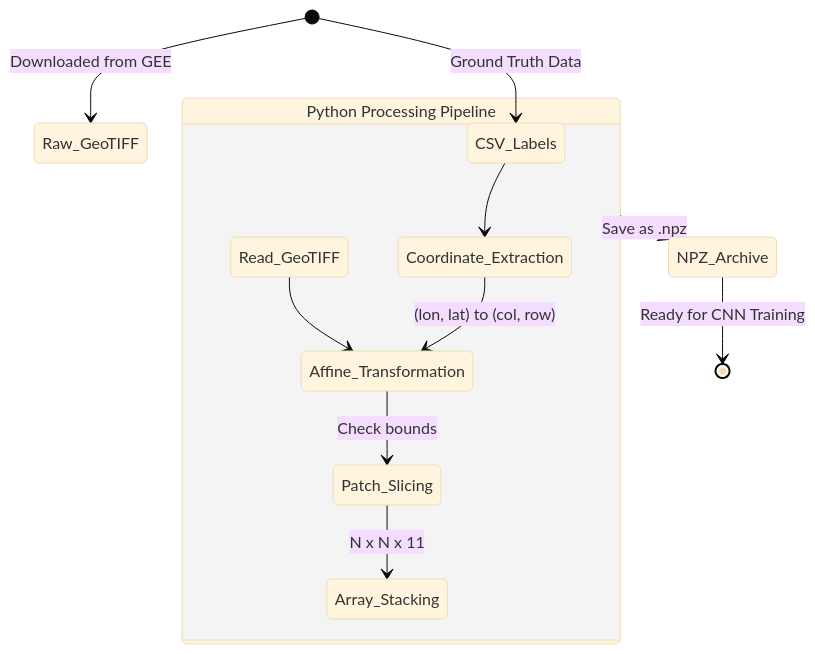
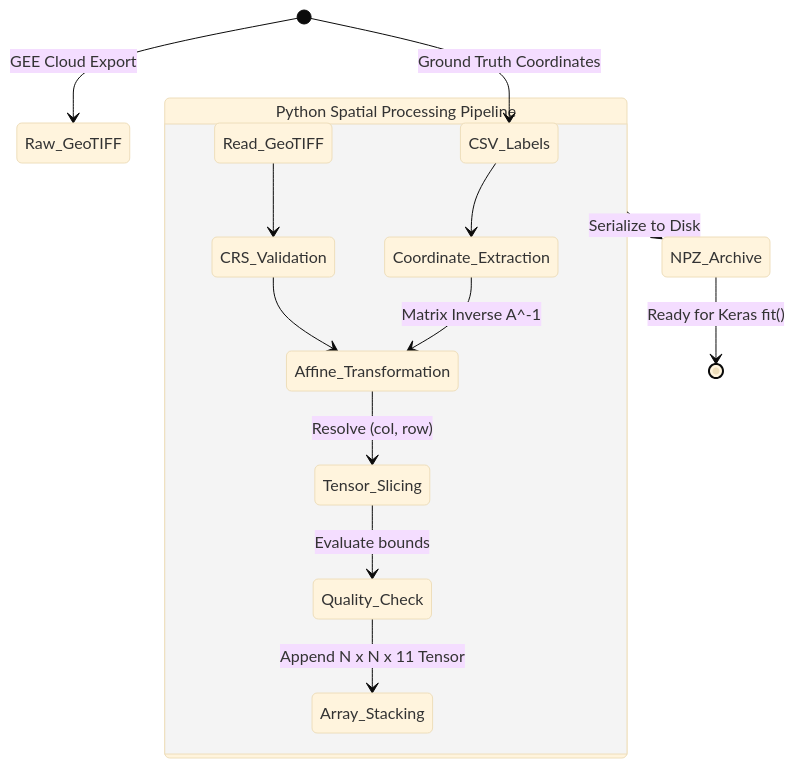
Before and after one commit to DaneshSelwal/LULC_Classification_Singrauli_region: the diagram in docs/manuscript/Chapter_2.md, drawn with Mermaid (base theme). The commit also changed other lines of this file and 4 other files, not shown here.

````diff
--- a/docs/manuscript/Chapter_2.md
+++ b/docs/manuscript/Chapter_2.md
@@ -92,16 +102,18 @@
 ```mermaid
 stateDiagram-v2
-    [*] --> Raw_GeoTIFF: Downloaded from GEE
-    [*] --> CSV_Labels: Ground Truth Data
+    [*] --> Raw_GeoTIFF: GEE Cloud Export
+    [*] --> CSV_Labels: Ground Truth Coordinates
 
-    state "Python Processing Pipeline" as Processing {
-        Read_GeoTIFF --> Affine_Transformation
+    state "Python Spatial Processing Pipeline" as Processing {
+        Read_GeoTIFF --> CRS_Validation
         CSV_Labels --> Coordinate_Extraction
-        Coordinate_Extraction --> Affine_Transformation: (lon, lat) to (col, row)
-        Affine_Transformation --> Patch_Slicing: Check bounds
-        Patch_Slicing --> Array_Stacking: N x N x 11
+        CRS_Validation --> Affine_Transformation
+        Coordinate_Extraction --> Affine_Transformation: Matrix Inverse A^-1
+        Affine_Transformation --> Tensor_Slicing: Resolve (col, row)
+        Tensor_Slicing --> Quality_Check: Evaluate bounds
+        Quality_Check --> Array_Stacking: Append N x N x 11 Tensor
     }
 
-    Processing --> NPZ_Archive: Save as .npz
-    NPZ_Archive --> [*]: Ready for CNN Training
+    Processing --> NPZ_Archive: Serialize to Disk
+    NPZ_Archive --> [*]: Ready for Keras fit()
 ```
````
